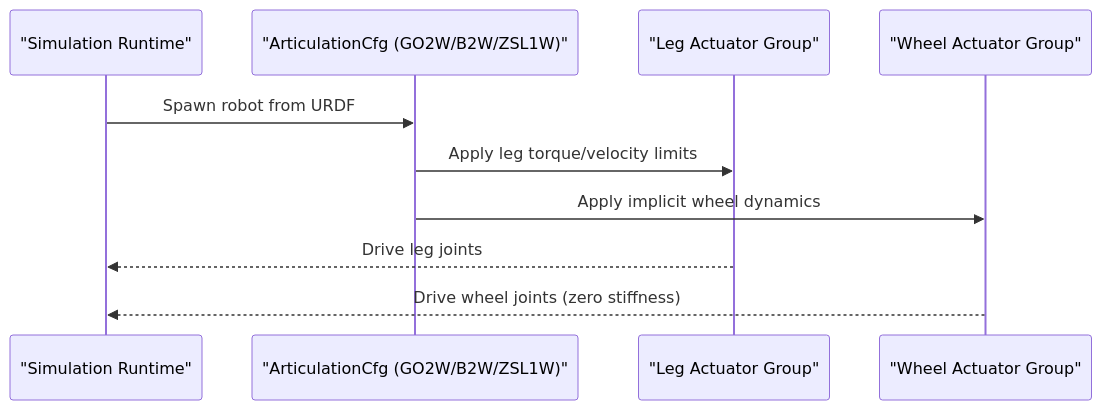
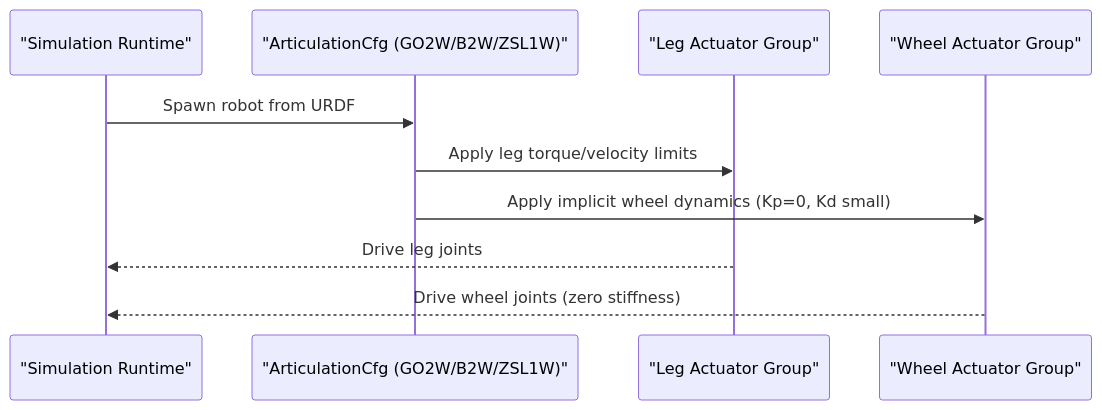
The fifth of 8 diagrams in .qoder/repowiki/en/content/Asset Management System/Robot Asset Configuration.md (jayjayhust/robot_lab), drawn with Mermaid before and after one commit. The commit also changed other lines of this file and 6 other files, not shown here.

````diff
--- a/.qoder/repowiki/en/content/Asset Management System/Robot Asset Configuration.md
+++ b/.qoder/repowiki/en/content/Asset Management System/Robot Asset Configuration.md
@@ -269,12 +263,12 @@
 ```mermaid
 sequenceDiagram
 participant Sim as "Simulation Runtime"
 participant CFG as "ArticulationCfg (GO2W/B2W/ZSL1W)"
 participant LegAct as "Leg Actuator Group"
 participant WheelAct as "Wheel Actuator Group"
 Sim->>CFG : Spawn robot from URDF
 CFG->>LegAct : Apply leg torque/velocity limits
-CFG->>WheelAct : Apply implicit wheel dynamics
+CFG->>WheelAct : Apply implicit wheel dynamics (Kp=0, Kd small)
 LegAct-->>Sim : Drive leg joints
 WheelAct-->>Sim : Drive wheel joints (zero stiffness)
 ```
````
